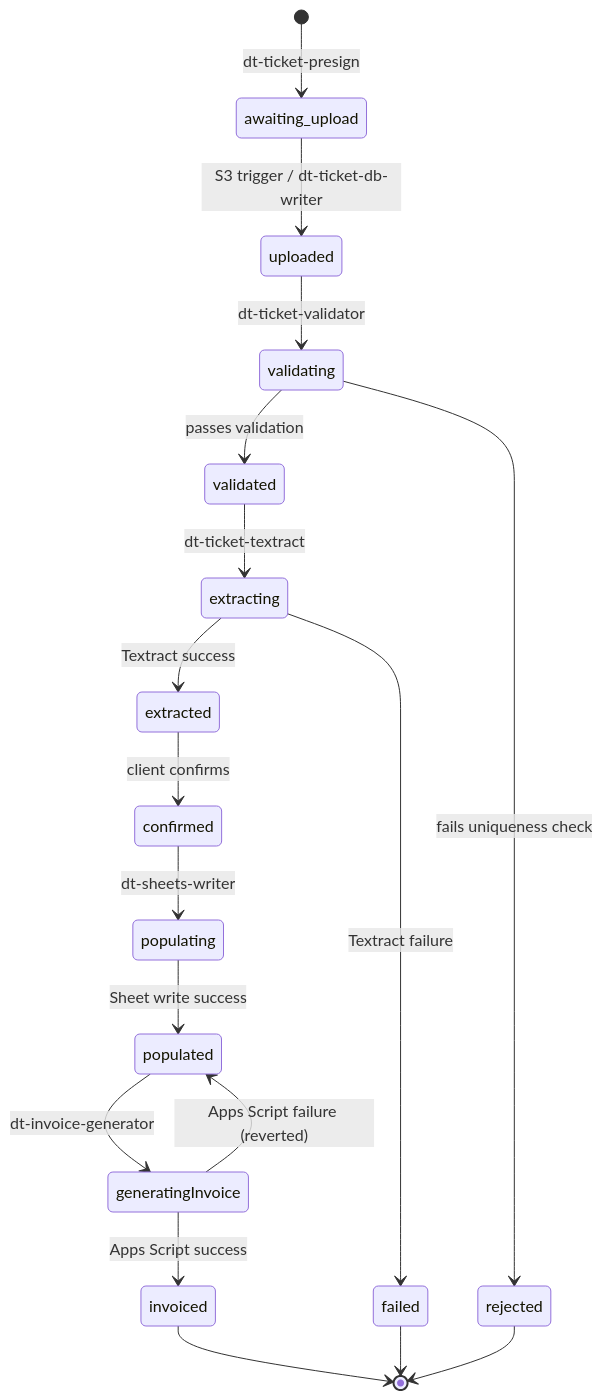
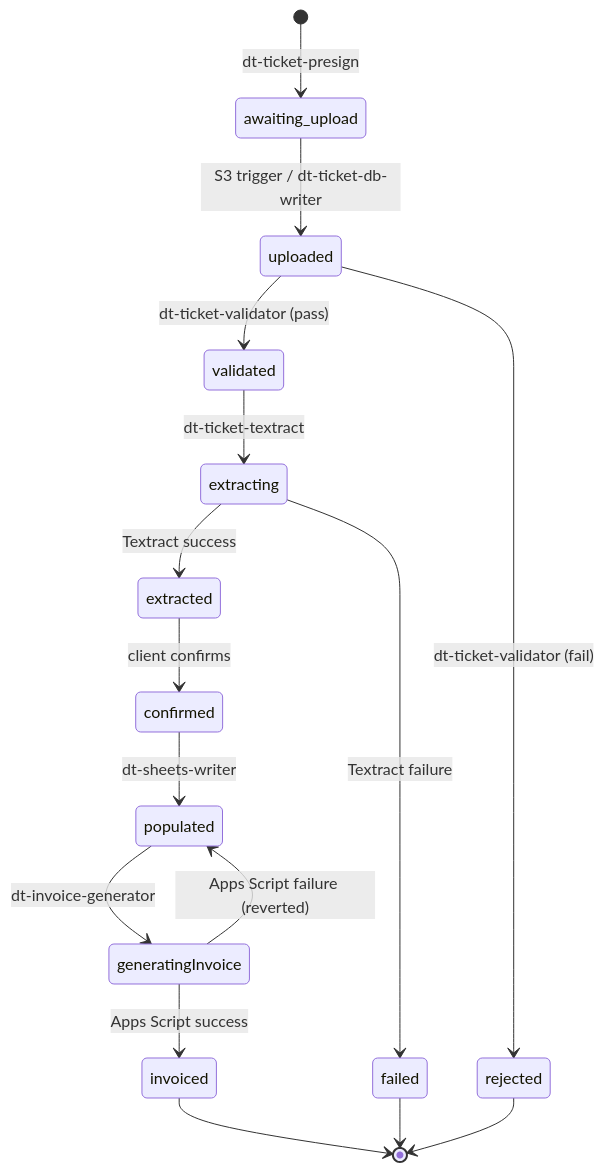
One commit to artomatiq/ccs-ticket-backend changed the second of 2 diagrams in ARCHITECTURE.MD. Above: the diagram before and after it, drawn with Mermaid. The commit also changed other lines of this file and 2 other files, not shown here.

First line of the commit message:
Remove claim/revert pattern from sheets writer Update template and docs

````diff
--- a/ARCHITECTURE.MD
+++ b/ARCHITECTURE.MD
@@ -50,20 +50,18 @@
 ```mermaid
 stateDiagram-v2
     [*] --> awaiting_upload: dt-ticket-presign
     awaiting_upload --> uploaded: S3 trigger / dt-ticket-db-writer
-    uploaded --> validating: dt-ticket-validator
-    validating --> validated: passes validation
-    validating --> rejected: fails uniqueness check
+    uploaded --> validated: dt-ticket-validator (pass)
+    uploaded --> rejected: dt-ticket-validator (fail)
     validated --> extracting: dt-ticket-textract
     extracting --> extracted: Textract success
     extracting --> failed: Textract failure
     extracted --> confirmed: client confirms
-    confirmed --> populating: dt-sheets-writer
-    populating --> populated: Sheet write success
+    confirmed --> populated: dt-sheets-writer
     populated --> generatingInvoice: dt-invoice-generator
     generatingInvoice --> invoiced: Apps Script success
     generatingInvoice --> populated: Apps Script failure (reverted)
     invoiced --> [*]
     rejected --> [*]
     failed --> [*]
 ```
````
